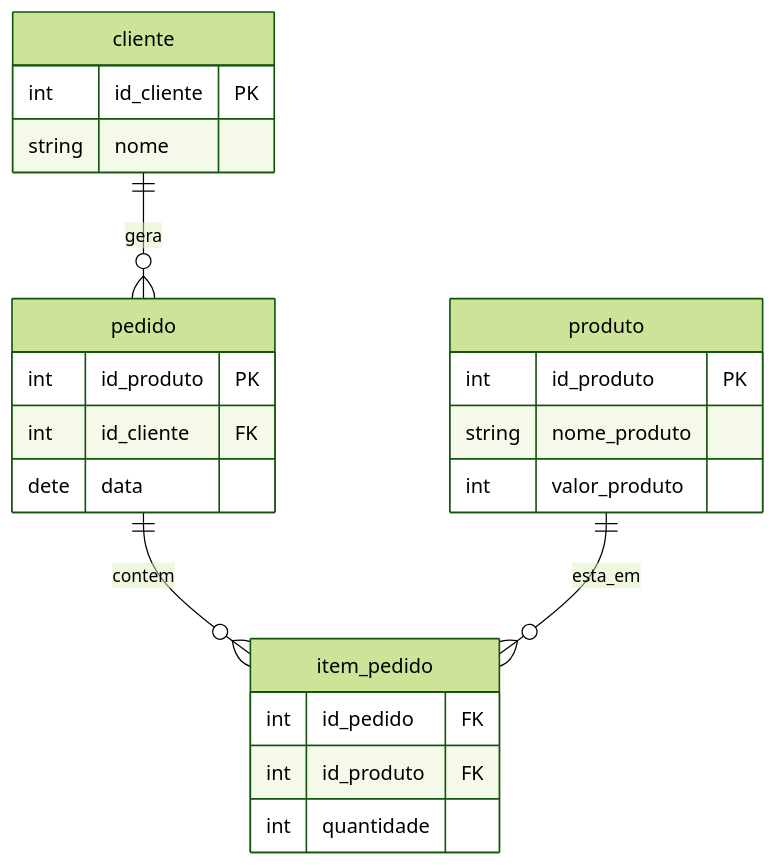
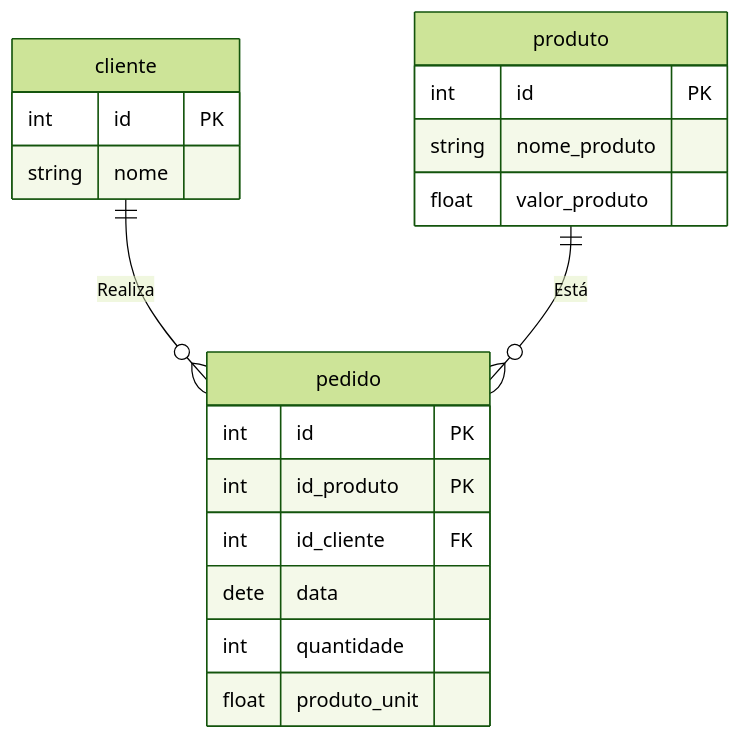
Before and after one commit to joaorbm09/banco_de_dados: the diagram in exercicios/ex3.md, drawn with Mermaid (forest theme). The commit also changed other lines of this file and 3 other files, not shown here.

````diff
--- a/exercicios/ex3.md
+++ b/exercicios/ex3.md
@@ -1,27 +4,24 @@
 ```mermaid
     erDiagram
         cliente{
-            int id_cliente PK 
+            int id PK 
             string nome
         }
+        produto{
+            int id PK
+            string nome_produto
+            float valor_produto
+        }
         pedido{
+            int id PK
             int id_produto PK
             int id_cliente FK
             dete data
-
-        }
-        produto{
-            int id_produto PK
-            string nome_produto
-            int valor_produto
-        }
-        item_pedido{
-            int id_pedido FK
-            int id_produto FK
             int quantidade
+            float produto_unit
         }
 
-cliente ||--o{ pedido :"gera"
-pedido||--o{ item_pedido :"contem"
-produto ||--o{item_pedido : "esta_em"
+cliente ||--o{ pedido :"Realiza"
+produto ||--o{ pedido :"Está"
+
 ```
````
